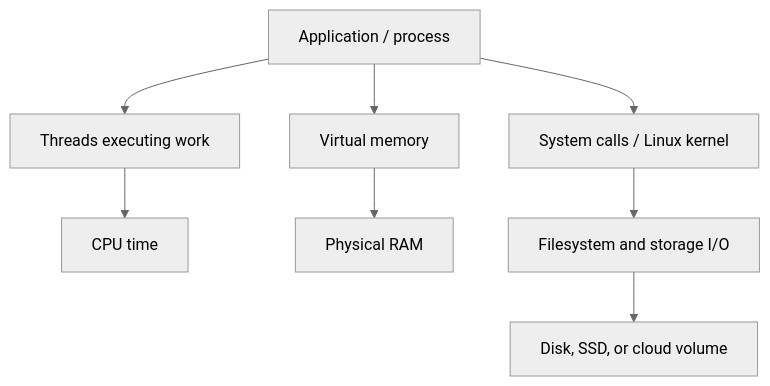
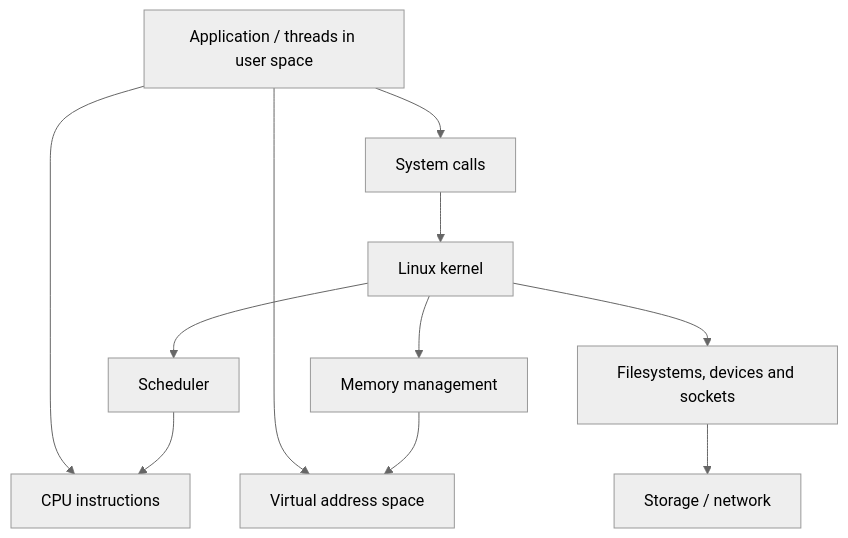
Before and after one commit to tiendu/tiendu.github.io: the first of 9 diagrams in src/content/blog/2026-09-04-systems-troubleshooting-useful-stuff.md, drawn with Mermaid (neutral theme). The commit also changed other lines of this file, not shown here.

````diff
--- a/src/content/blog/2026-09-04-systems-troubleshooting-useful-stuff.md
+++ b/src/content/blog/2026-09-04-systems-troubleshooting-useful-stuff.md
@@ -56,12 +60,15 @@
 ```mermaid
 flowchart TD
-    accTitle: A simplified view of a Linux system
-    accDescr: An application uses kernel services, CPU time, memory, and persistent storage.
-    A["Application / process"] --> B["Threads executing work"]
-    B --> C["CPU time"]
-    A --> D["Virtual memory"]
-    D --> E["Physical RAM"]
-    A --> F["System calls / Linux kernel"]
-    F --> G["Filesystem and storage I/O"]
-    G --> H["Disk, SSD, or cloud volume"]
+    accTitle: A simplified Linux system
+    accDescr: Applications execute in user space and request kernel services through system calls; the kernel manages shared machine resources.
+    A["Application / threads in user space"] --> B["CPU instructions"]
+    A --> C["Virtual address space"]
+    A --> D["System calls"]
+    D --> E["Linux kernel"]
+    E --> F["Scheduler"]
+    E --> G["Memory management"]
+    E --> H["Filesystems, devices and sockets"]
+    F --> B
+    G --> C
+    H --> I["Storage / network"]
 ```
````
